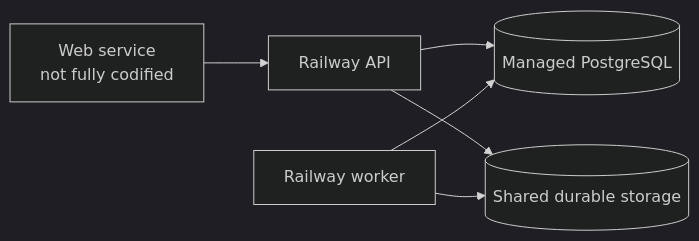
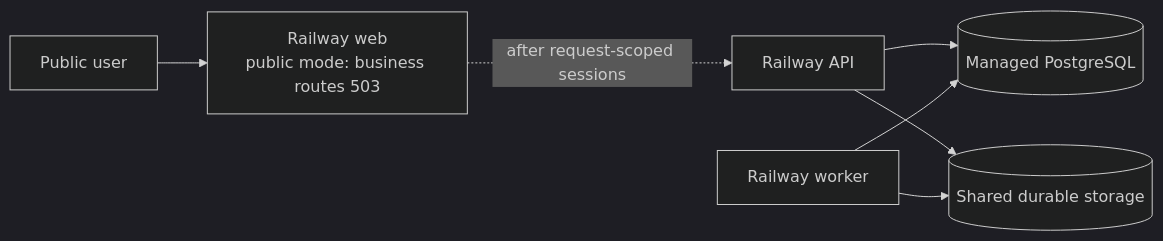
Before and after one commit to wilsonhj/financial-evidence-lab: the third of 3 diagrams in docs/architecture/overview.md, drawn with Mermaid (dark theme). The commit also changed other lines of this file and 5 other files, not shown here.

First line of the commit message:
docs(architecture): correct living docs in place and drop engineering reference

````diff
--- a/docs/architecture/overview.md
+++ b/docs/architecture/overview.md
@@ -157,8 +182,9 @@
 ```mermaid
 flowchart LR
-    Web[Web service\nnot fully codified] --> API[Railway API]
+    Internet[Public user] --> Web[Railway web\npublic mode: business routes 503]
+    Web -.->|after request-scoped sessions| API[Railway API]
     API --> PG[(Managed PostgreSQL)]
     Worker[Railway worker] --> PG
     API --> Store[(Shared durable storage)]
     Worker --> Store
 ```
````
